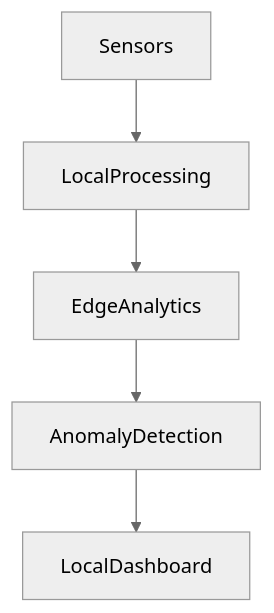
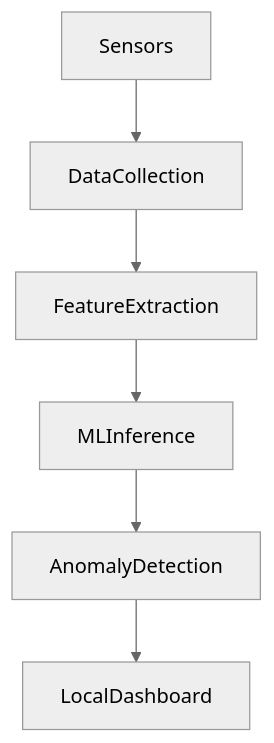
The second of 2 diagrams in README.md (kto-to20/practica14-2), drawn with Mermaid (neutral theme) before and after one commit. The commit also changed other lines of this file and 6 other files, not shown here.

Commit message:
Edge AI anomaly detection with OpenHAB

````diff
--- a/README.md
+++ b/README.md
@@ -129,8 +140,9 @@
 ```mermaid
 graph TD
 
-Sensors --> LocalProcessing
-LocalProcessing --> EdgeAnalytics
-EdgeAnalytics --> AnomalyDetection
+Sensors --> DataCollection
+DataCollection --> FeatureExtraction
+FeatureExtraction --> MLInference
+MLInference --> AnomalyDetection
 AnomalyDetection --> LocalDashboard
 ```
````
